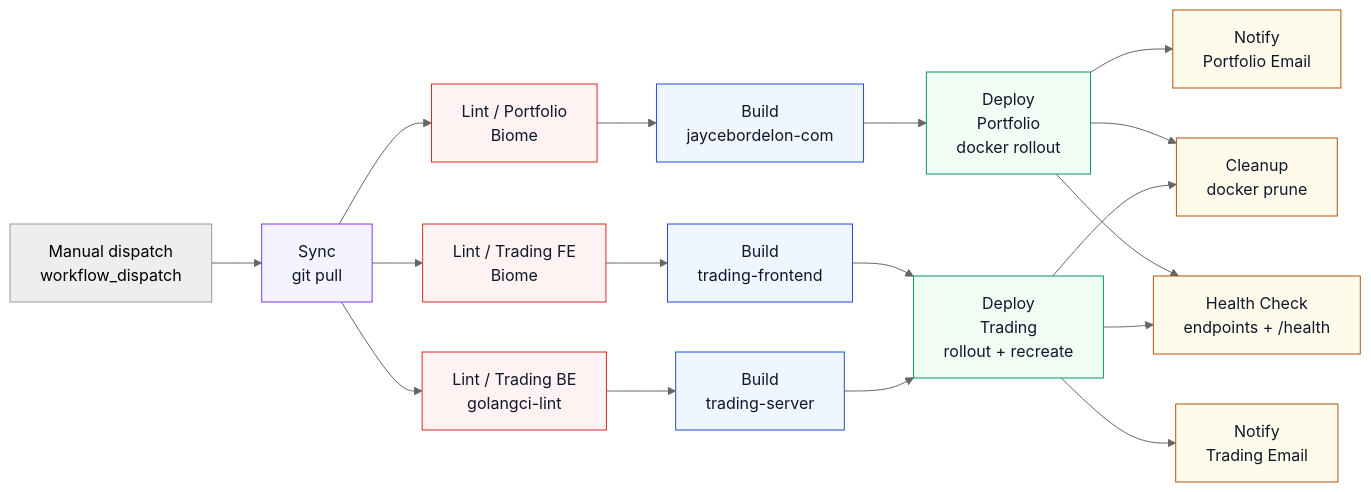
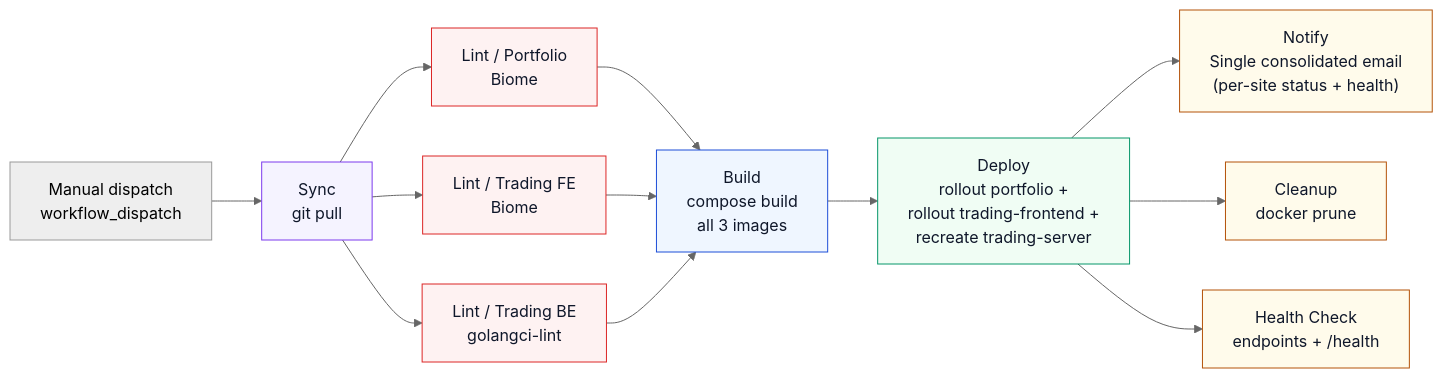
One commit to JayceBordelon/jaycestuff changed the second of 2 diagrams in README.md. Above: the diagram before and after it, drawn with Mermaid (neutral theme). The commit also changed other lines of this file and 5 other files, not shown here.

First line of the commit message:
Consolidate deploy and notify into single pipeline jobs

````diff
--- a/README.md
+++ b/README.md
@@ -130,51 +130,41 @@
 ```mermaid
 flowchart LR
     classDef sync fill:#f5f3ff,stroke:#7c3aed,color:#0f172a
     classDef lint fill:#fef2f2,stroke:#dc2626,color:#0f172a
     classDef build fill:#eff6ff,stroke:#1d4ed8,color:#0f172a
     classDef deploy fill:#f0fdf4,stroke:#059669,color:#0f172a
     classDef post fill:#fffbeb,stroke:#b45309,color:#0f172a
 
     Push["Manual dispatch<br/>workflow_dispatch"]
 
     Sync["Sync<br/>git pull"]:::sync
 
     LP["Lint / Portfolio<br/>Biome"]:::lint
     LTF["Lint / Trading FE<br/>Biome"]:::lint
     LTS["Lint / Trading BE<br/>golangci-lint"]:::lint
 
-    BP["Build<br/>jaycebordelon-com"]:::build
-    BF["Build<br/>trading-frontend"]:::build
-    BS["Build<br/>trading-server"]:::build
+    BUILD["Build<br/>compose build<br/>all 3 images"]:::build
 
-    DP["Deploy<br/>Portfolio<br/>docker rollout"]:::deploy
-    DT["Deploy<br/>Trading<br/>rollout + recreate"]:::deploy
+    DEPLOY["Deploy<br/>rollout portfolio +<br/>rollout trading-frontend +<br/>recreate trading-server"]:::deploy
 
-    NP["Notify<br/>Portfolio Email"]:::post
-    NT["Notify<br/>Trading Email"]:::post
+    NOTIFY["Notify<br/>Single consolidated email<br/>(per-site status + health)"]:::post
 
     CL["Cleanup<br/>docker prune"]:::post
     HC["Health Check<br/>endpoints + /health"]:::post
 
     Push --> Sync
 
     Sync --> LP
     Sync --> LTF
     Sync --> LTS
 
-    LP --> BP
-    LTF --> BF
-    LTS --> BS
+    LP --> BUILD
+    LTF --> BUILD
+    LTS --> BUILD
 
-    BP --> DP
-    BF --> DT
-    BS --> DT
+    BUILD --> DEPLOY
 
-    DP --> NP
-    DT --> NT
-
-    DP --> CL
-    DT --> CL
-    DP --> HC
-    DT --> HC
+    DEPLOY --> NOTIFY
+    DEPLOY --> CL
+    DEPLOY --> HC
 ```
````
